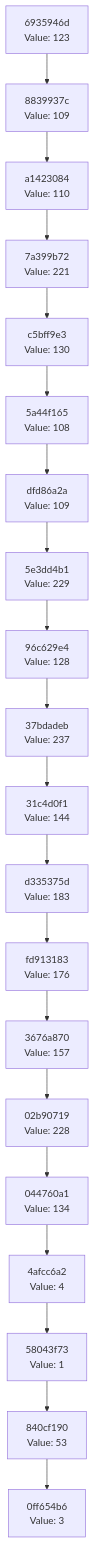
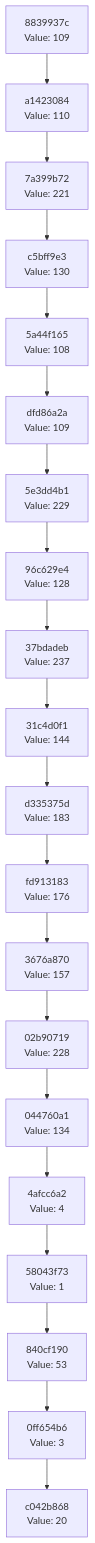
The diagram in docs/CHAIN_VISUALIZATION.md (Abhisheksinha1506/hash-chain-evolver), drawn with Mermaid before and after one commit. The commit also changed 3 other files, not shown here.

````diff
--- a/docs/CHAIN_VISUALIZATION.md
+++ b/docs/CHAIN_VISUALIZATION.md
@@ -3,42 +3,42 @@
 ```mermaid
 graph TD
-    C0["0ff654b6<br/>Value: 3"]
-    C1["840cf190<br/>Value: 53"]
+    C0["c042b868<br/>Value: 20"]
+    C1["0ff654b6<br/>Value: 3"]
     C1 --> C0
-    C2["58043f73<br/>Value: 1"]
+    C2["840cf190<br/>Value: 53"]
     C2 --> C1
-    C3["4afcc6a2<br/>Value: 4"]
+    C3["58043f73<br/>Value: 1"]
     C3 --> C2
-    C4["044760a1<br/>Value: 134"]
+    C4["4afcc6a2<br/>Value: 4"]
     C4 --> C3
-    C5["02b90719<br/>Value: 228"]
+    C5["044760a1<br/>Value: 134"]
     C5 --> C4
-    C6["3676a870<br/>Value: 157"]
+    C6["02b90719<br/>Value: 228"]
     C6 --> C5
-    C7["fd913183<br/>Value: 176"]
+    C7["3676a870<br/>Value: 157"]
     C7 --> C6
-    C8["d335375d<br/>Value: 183"]
+    C8["fd913183<br/>Value: 176"]
     C8 --> C7
-    C9["31c4d0f1<br/>Value: 144"]
+    C9["d335375d<br/>Value: 183"]
     C9 --> C8
-    C10["37bdadeb<br/>Value: 237"]
+    C10["31c4d0f1<br/>Value: 144"]
     C10 --> C9
-    C11["96c629e4<br/>Value: 128"]
+    C11["37bdadeb<br/>Value: 237"]
     C11 --> C10
-    C12["5e3dd4b1<br/>Value: 229"]
+    C12["96c629e4<br/>Value: 128"]
     C12 --> C11
-    C13["dfd86a2a<br/>Value: 109"]
+    C13["5e3dd4b1<br/>Value: 229"]
     C13 --> C12
-    C14["5a44f165<br/>Value: 108"]
+    C14["dfd86a2a<br/>Value: 109"]
     C14 --> C13
-    C15["c5bff9e3<br/>Value: 130"]
+    C15["5a44f165<br/>Value: 108"]
     C15 --> C14
-    C16["7a399b72<br/>Value: 221"]
+    C16["c5bff9e3<br/>Value: 130"]
     C16 --> C15
-    C17["a1423084<br/>Value: 110"]
+    C17["7a399b72<br/>Value: 221"]
     C17 --> C16
-    C18["8839937c<br/>Value: 109"]
+    C18["a1423084<br/>Value: 110"]
     C18 --> C17
-    C19["6935946d<br/>Value: 123"]
+    C19["8839937c<br/>Value: 109"]
     C19 --> C18
 ```
````
